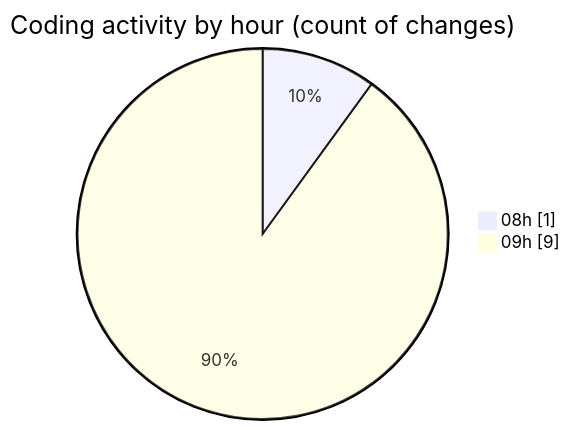
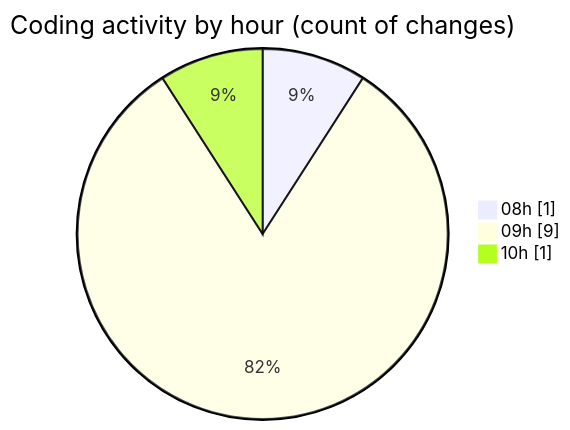
Before and after one commit to BS-eng2023/code-tracking: the second of 2 diagrams in 2025-04-04/jsvms/README.md, drawn with Mermaid. The commit also changed other lines of this file and 1 other file, not shown here.

````diff
--- a/2025-04-04/jsvms/README.md
+++ b/2025-04-04/jsvms/README.md
@@ -33,6 +35,7 @@
 ```mermaid
 pie showData
 title Coding activity by hour (count of changes)
 "08h" : 1
 "09h" : 9
+"10h" : 1
 ```
````
